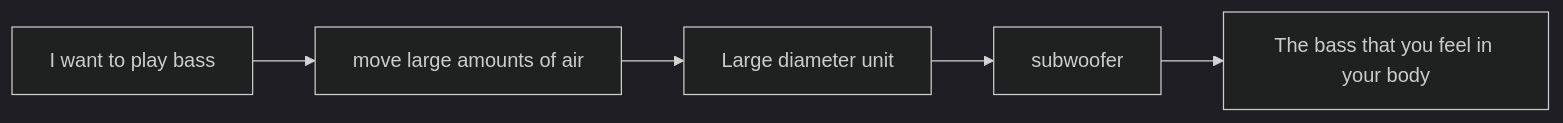
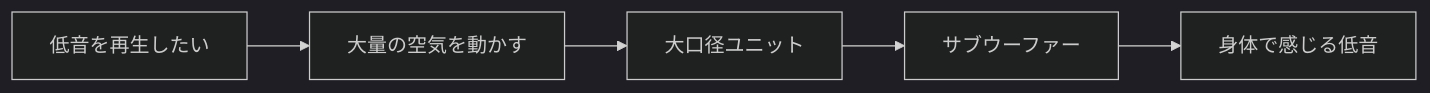
The seventh of 10 diagrams in en/_posts/2026-08-01-column-why-bass-feels-good.md (monumental-movement/monumental-movement.github.io), drawn with Mermaid (dark theme) before and after one commit. The commit also changed other lines of this file and 2196 other files, not shown here.

```diff
--- a/en/_posts/2026-08-01-column-why-bass-feels-good.md
+++ b/en/_posts/2026-08-01-column-why-bass-feels-good.md
@@ -777,13 +777,13 @@
 <div class="mermaid">
 flowchart LR
 
-A[I want to play bass]
+A[低音を再生したい]
 
-A --> B[move large amounts of air]
+A --> B[大量の空気を動かす]
 
-B --> C[Large diameter unit]
+B --> C[大口径ユニット]
 
-C --> D[subwoofer]
+C --> D[サブウーファー]
 
-D --> E[The bass that you feel in your body]
+D --> E[身体で感じる低音]
 </div>
```
